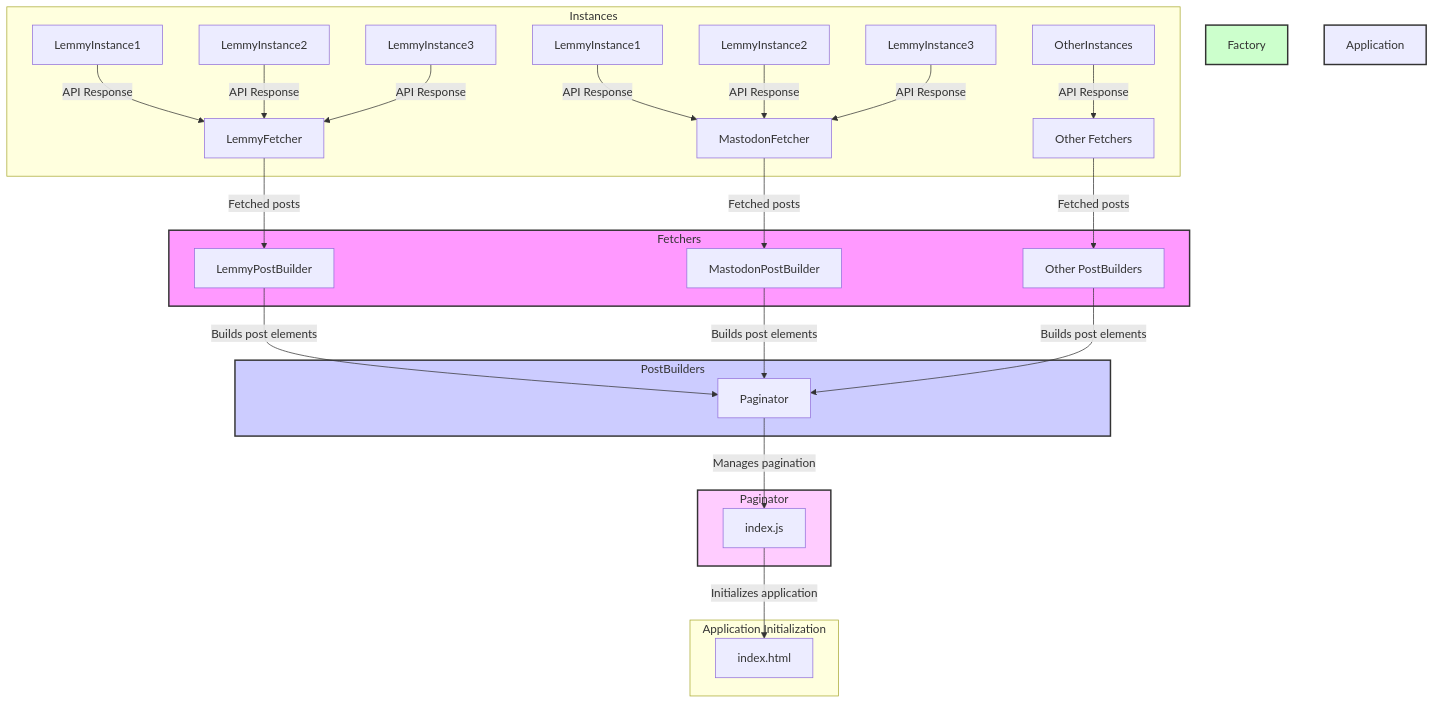
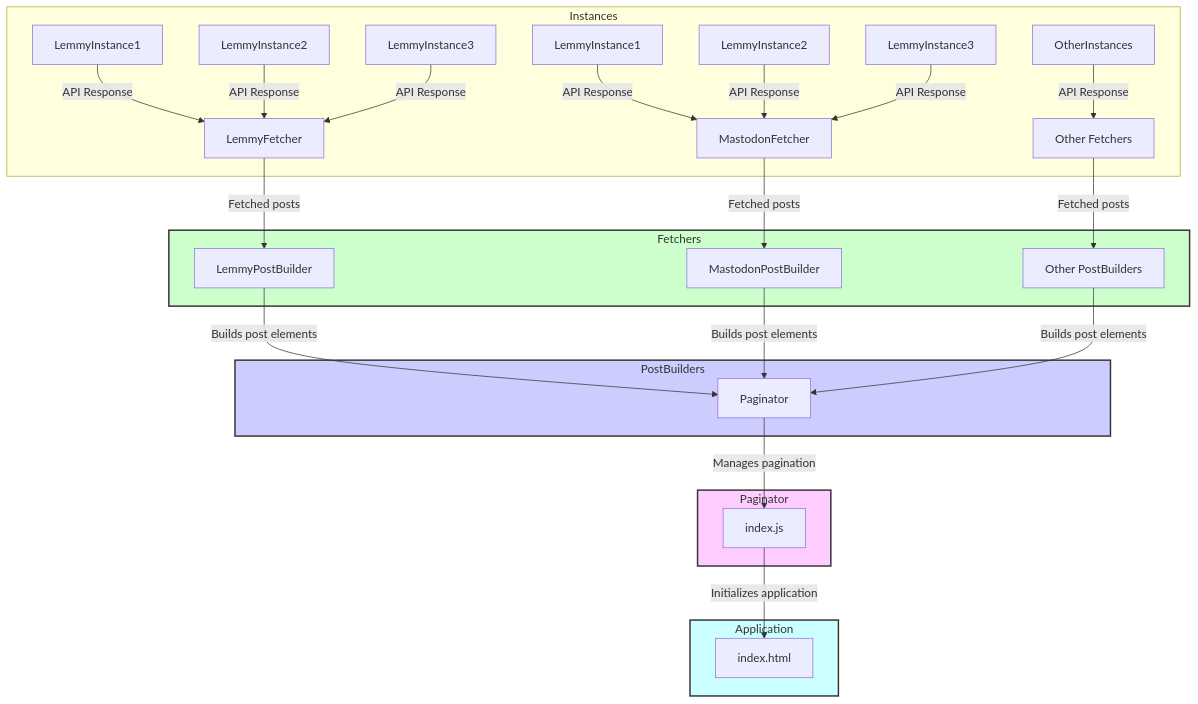
Before and after one commit to cse210-works-on-my-machine/CSE210-Fall23-Team-3: the diagram in README.md, drawn with Mermaid.

Commit message:
fixes to architecture diagram, removed unused styles

````diff
--- a/README.md
+++ b/README.md
@@ -20,40 +20,39 @@
 ```mermaid
 graph TD
     subgraph Instances
       L1[LemmyInstance1] -->|API Response| LF[LemmyFetcher]
       L2[LemmyInstance2] -->|API Response| LF
       L3[LemmyInstance3] -->|API Response| LF
 
       M1[LemmyInstance1] -->|API Response| MF[MastodonFetcher]
       M2[LemmyInstance2] -->|API Response| MF
       M3[LemmyInstance3] -->|API Response| MF
 
       O1[OtherInstances] -->|API Response| OF[Other Fetchers]
     end
 
     subgraph Fetchers
         LF -->|Fetched posts| LPB[LemmyPostBuilder]
         MF -->|Fetched posts| MPB[MastodonPostBuilder]
         OF -->|Fetched posts| OPB[Other PostBuilders]
     end
 
     subgraph PostBuilders
         LPB -->|Builds post elements| P[Paginator]
         MPB -->|Builds post elements| P
         OPB -->|Builds post elements| P
     end
 
     subgraph Paginator
         P -->|Manages pagination| IJS[index.js]
     end
 
-    subgraph Application Initialization
+    subgraph Application
         IJS -->|Initializes application| ST[index.html]
     end
 
-    style Fetchers fill:#f9f,stroke:#333,stroke-width:2px
+    style Fetchers fill:#cfc,stroke:#333,stroke-width:2px
     style PostBuilders fill:#ccf,stroke:#333,stroke-width:2px
-    style Factory fill:#cfc,stroke:#333,stroke-width:2px
     style Paginator fill:#fcf,stroke:#333,stroke-width:2px
-    style Application Initialization fill:#cff,stroke:#333,stroke-width:2px
+    style Application fill:#cff,stroke:#333,stroke-width:2px
 ```
````
